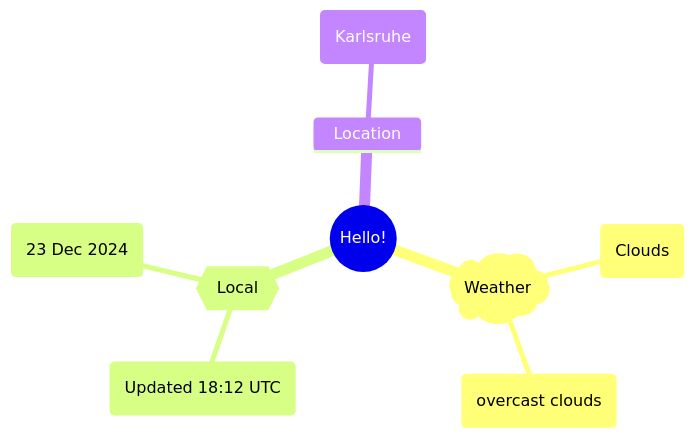
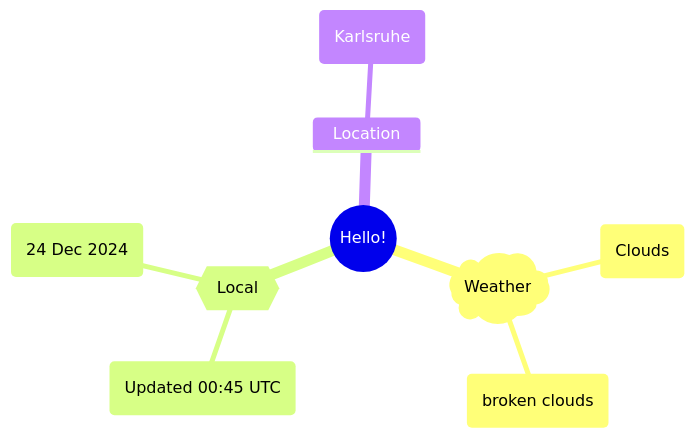
The first of 2 diagrams in README.md (Xosrov/Xosrov), drawn with Mermaid before and after one commit.

Commit message:
[bot] updated images

````diff
--- a/README.md
+++ b/README.md
@@ -3,12 +3,12 @@
 ```mermaid
 mindmap
   root((Hello!))
     )Weather(
         (Clouds)
-        (overcast clouds)
+        (broken clouds)
     {{Local}}
-        (Updated 18:12 UTC)
-        (23 Dec 2024)
+        (Updated 00:45 UTC)
+        (24 Dec 2024)
     Location
         (Karlsruhe)
 ```
````
